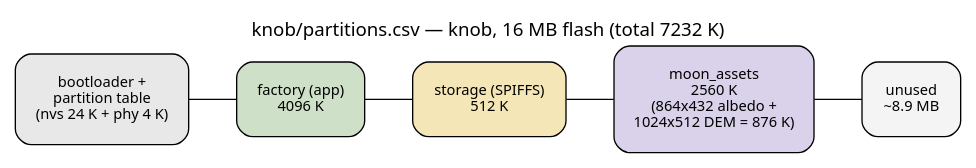
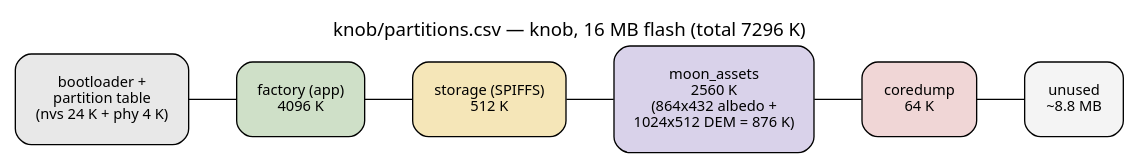
One commit to ukos-git/moon-clock-esp changed the diagram in docs/_graphs/partition-knob.dot. Above: the diagram before and after it, drawn with Graphviz. The commit also changed 9 other files, not shown here.

First line of the commit message:
test(knob): field-crash witness — RTC gasp marker + flash coredump

```diff
--- a/docs/_graphs/partition-knob.dot
+++ b/docs/_graphs/partition-knob.dot
@@ -1,19 +1,20 @@
 // knob (16 MB flash) partition layout — knob/partitions.csv
 // Rendered inline as SVG by sphinx.ext.graphviz (dot on PATH).
 digraph partitions_knob {
     rankdir=LR;
-    label="knob/partitions.csv — knob, 16 MB flash (total 7232 K)";
+    label="knob/partitions.csv — knob, 16 MB flash (total 7296 K)";
     labelloc=t;
     fontsize=14;
     fontname=sans;
     node [fontname=sans, shape=box, style="rounded,filled", height=0.55, margin=0.22, fontsize=11];
     edge [fontname=sans, fontsize=9, arrowhead=none];
 
     boot    [label="bootloader +\npartition table\n(nvs 24 K + phy 4 K)", fillcolor="#e8e8e8", fillstyle=solid];
     factory [label="factory (app)\n4096 K", fillcolor="#cfe0c8", fillstyle=solid];
     storage [label="storage (SPIFFS)\n512 K", fillcolor="#f5e6b8", fillstyle=solid];
     assets  [label="moon_assets\n2560 K\n(864x432 albedo +\n1024x512 DEM = 876 K)", fillcolor="#d9d2ea", fillstyle=solid];
-    free    [label="unused\n~8.9 MB", fillcolor="#f4f4f4", fillstyle=solid];
+    coredmp [label="coredump\n64 K", fillcolor="#f0d6d6", fillstyle=solid];
+    free    [label="unused\n~8.8 MB", fillcolor="#f4f4f4", fillstyle=solid];
 
-    boot -> factory -> storage -> assets -> free;
+    boot -> factory -> storage -> assets -> coredmp -> free;
 }
```
